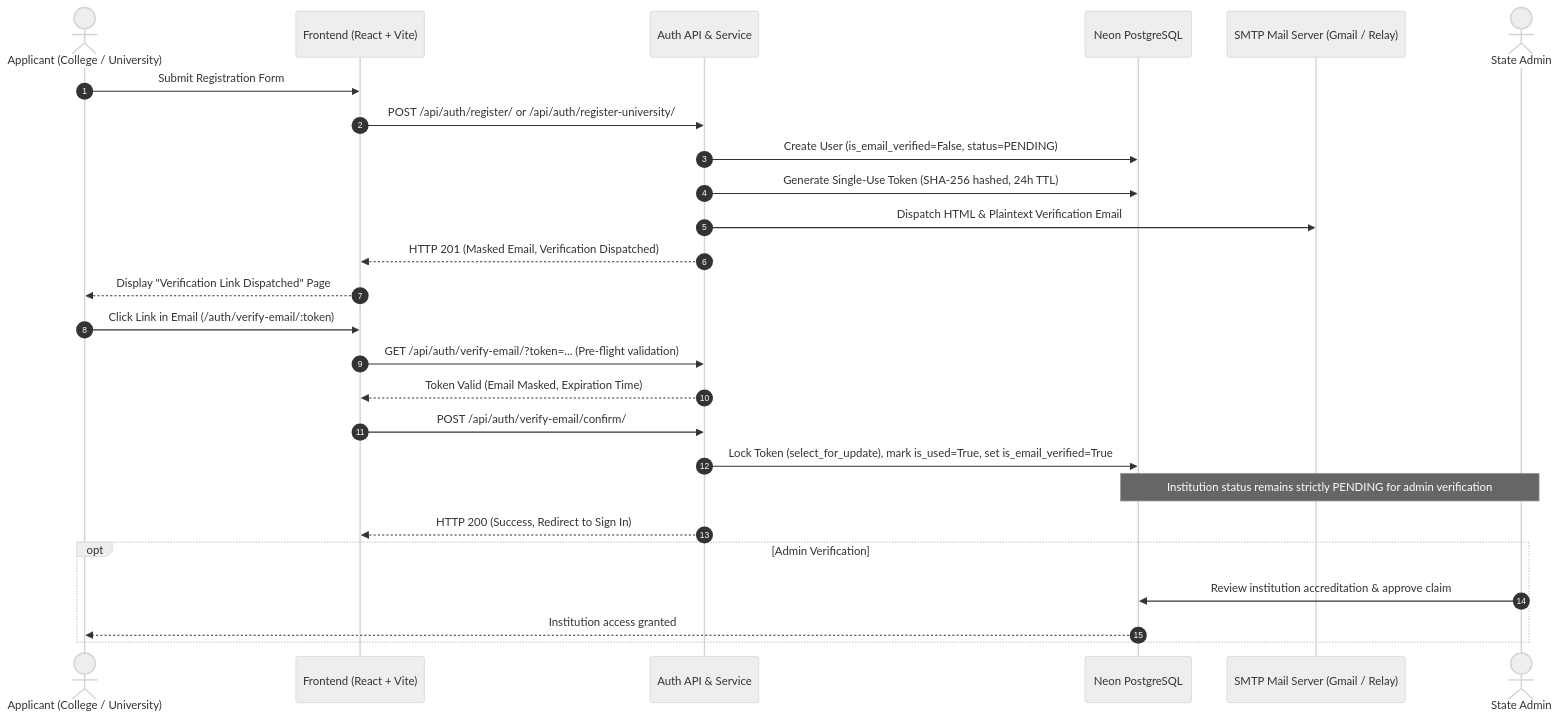
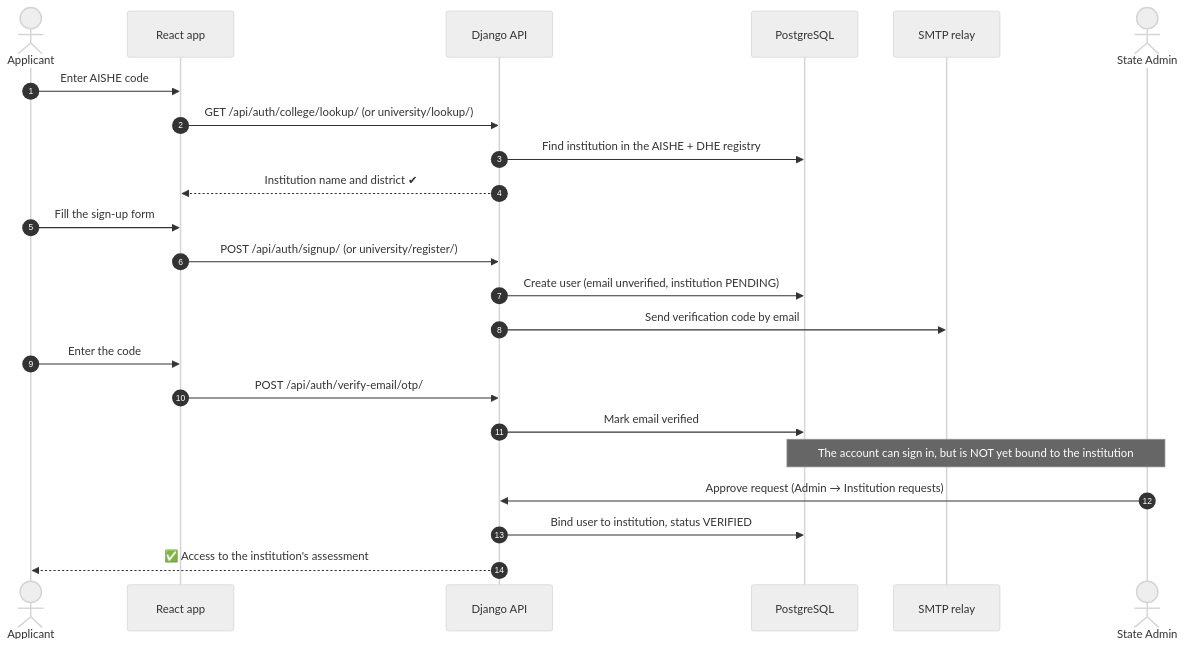
Before and after one commit to Shivansee987/NEP_HARYANA: the third of 7 diagrams in README.md, drawn with Mermaid (neutral theme). The commit also changed other lines of this file and 3 other files, not shown here.

Commit message:
docs: rewrite README with workflows; add 2-page server requirements PDF and short request email

````diff
--- a/README.md
+++ b/README.md
@@ -92,31 +144,26 @@
 ```mermaid
 sequenceDiagram
     autonumber
-    actor User as Applicant (College / University)
-    participant Front as Frontend (React + Vite)
-    participant Auth as Auth API & Service
-    participant DB as Neon PostgreSQL
-    participant Mail as SMTP Mail Server (Gmail / Relay)
-    actor Admin as State Admin
+    actor U as Applicant
+    participant FE as React app
+    participant API as Django API
+    participant DB as PostgreSQL
+    participant M as SMTP relay
+    actor A as State Admin
 
-    User->>Front: Submit Registration Form
-    Front->>Auth: POST /api/auth/register/ or /api/auth/register-university/
-    Auth->>DB: Create User (is_email_verified=False, status=PENDING)
-    Auth->>DB: Generate Single-Use Token (SHA-256 hashed, 24h TTL)
-    Auth->>Mail: Dispatch HTML & Plaintext Verification Email
-    Auth-->>Front: HTTP 201 (Masked Email, Verification Dispatched)
-    Front-->>User: Display "Verification Link Dispatched" Page
-    
-    User->>Front: Click Link in Email (/auth/verify-email/:token)
-    Front->>Auth: GET /api/auth/verify-email/?token=... (Pre-flight validation)
-    Auth-->>Front: Token Valid (Email Masked, Expiration Time)
-    Front->>Auth: POST /api/auth/verify-email/confirm/
-    Auth->>DB: Lock Token (select_for_update), mark is_used=True, set is_email_verified=True
-    Note over DB,Admin: Institution status remains strictly PENDING for admin verification
-    Auth-->>Front: HTTP 200 (Success, Redirect to Sign In)
-    
-    opt Admin Verification
-        Admin->>DB: Review institution accreditation & approve claim
-        DB-->>User: Institution access granted
-    end
+    U->>FE: Enter AISHE code
+    FE->>API: GET /api/auth/college/lookup/ (or university/lookup/)
+    API->>DB: Find institution in the AISHE + DHE registry
+    API-->>FE: Institution name and district ✔
+    U->>FE: Fill the sign-up form
+    FE->>API: POST /api/auth/signup/ (or university/register/)
+    API->>DB: Create user (email unverified, institution PENDING)
+    API->>M: Send verification code by email
+    U->>FE: Enter the code
+    FE->>API: POST /api/auth/verify-email/otp/
+    API->>DB: Mark email verified
+    Note over DB,A: The account can sign in, but is NOT yet bound to the institution
+    A->>API: Approve request (Admin → Institution requests)
+    API->>DB: Bind user to institution, status VERIFIED
+    API-->>U: ✅ Access to the institution's assessment
 ```
````
